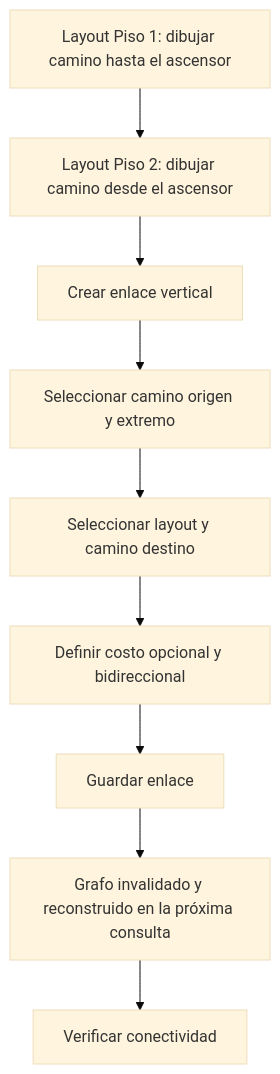
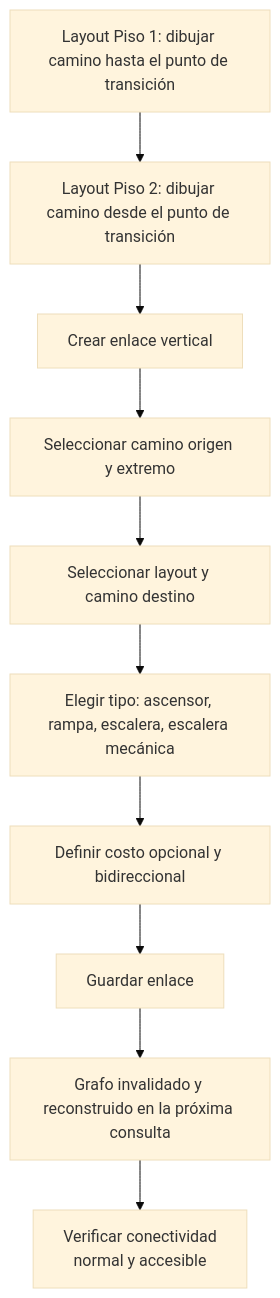
Diagram 14 of 21 in README.md (farandal/inamap-backend-domain), drawn with Mermaid (base theme) before and after one commit. The commit also changed other lines of this file, not shown here.

````diff
--- a/README.md
+++ b/README.md
@@ -957,11 +1112,12 @@
 ```mermaid
 flowchart TD
-    A["Layout Piso 1: dibujar camino hasta el ascensor"] --> B["Layout Piso 2: dibujar camino desde el ascensor"]
+    A["Layout Piso 1: dibujar camino hasta el punto de transición"] --> B["Layout Piso 2: dibujar camino desde el punto de transición"]
     B --> C["Crear enlace vertical"]
     C --> D["Seleccionar camino origen y extremo"]
     D --> E["Seleccionar layout y camino destino"]
-    E --> F["Definir costo opcional y bidireccional"]
+    E --> T["Elegir tipo: ascensor, rampa, escalera, escalera mecánica"]
+    T --> F["Definir costo opcional y bidireccional"]
     F --> G["Guardar enlace"]
     G --> H["Grafo invalidado y reconstruido en la próxima consulta"]
-    H --> I["Verificar conectividad"]
+    H --> I["Verificar conectividad<br/>normal y accesible"]
 ```
````
